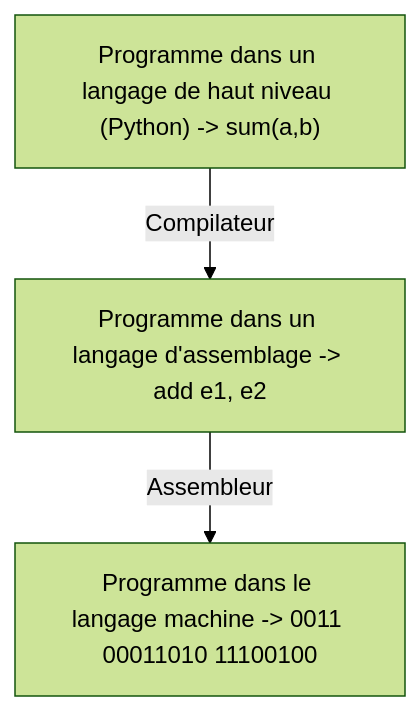
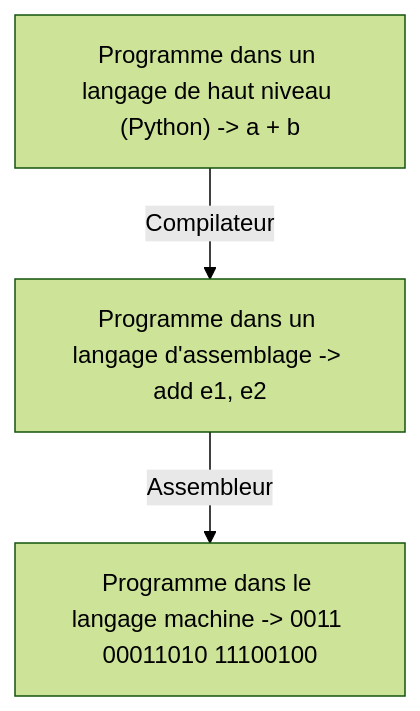
One commit to boddaert/nsi changed the diagram in première/Architecture_des_machines/Modèle_Von_Neumann/Langage_machine.md. Above: the diagram before and after it, drawn with Mermaid (forest theme).

````diff
--- a/première/Architecture_des_machines/Modèle_Von_Neumann/Langage_machine.md
+++ b/première/Architecture_des_machines/Modèle_Von_Neumann/Langage_machine.md
@@ -25,7 +25,7 @@
 ```mermaid
 flowchart TB
-    a["Programme dans un langage de haut niveau (Python) -> sum(a,b)"]
+    a["Programme dans un langage de haut niveau (Python) -> a + b"]
     b["Programme dans un langage d'assemblage -> add e1, e2"]
     c["Programme dans le langage machine -> 0011 00011010 11100100"]
     a-- Compilateur -->b-- Assembleur -->c
 ```
````
